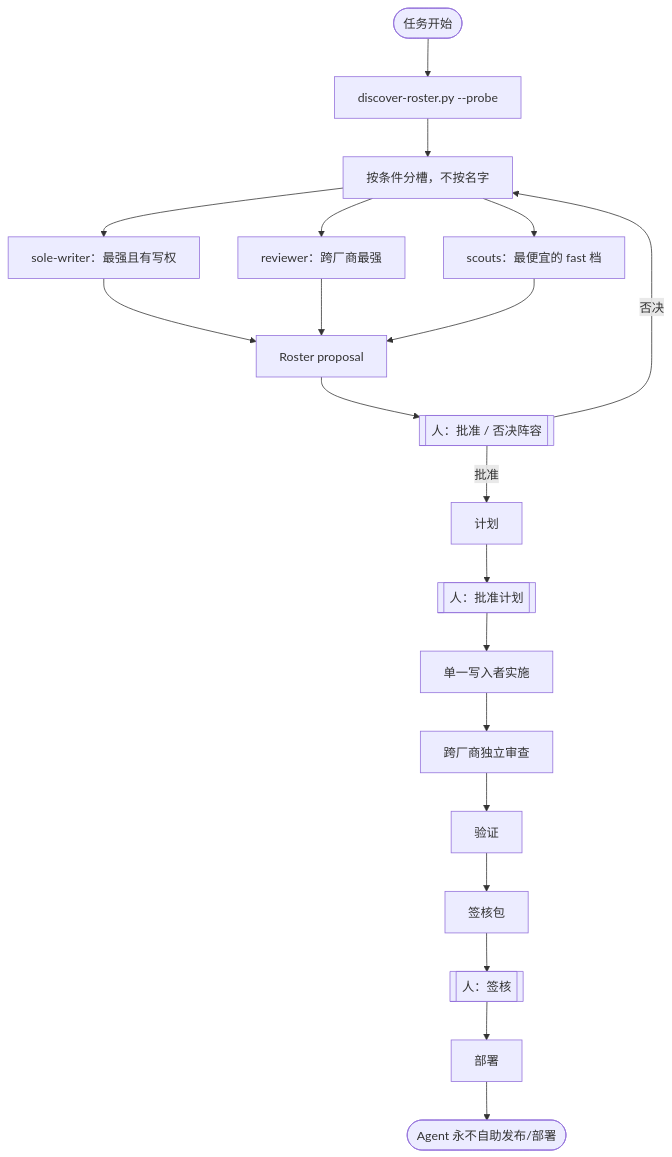
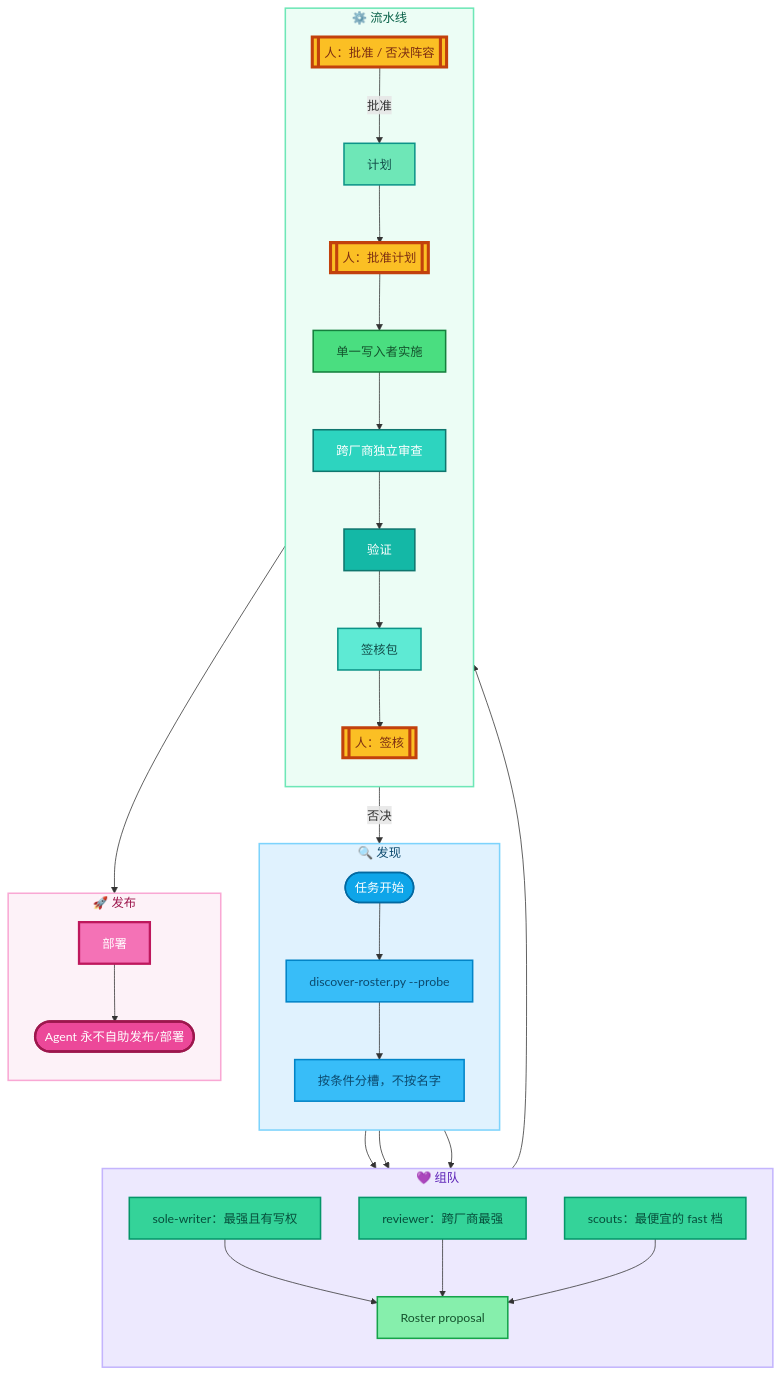
Before and after one commit to ythx-101/agent-sop: the diagram in README.zh.md, drawn with Mermaid. The commit also changed 1 other file, not shown here.

Commit message:
docs: colorful workflow diagram (staged subgraphs, highlighted human gates)

````diff
--- a/README.zh.md
+++ b/README.zh.md
@@ -19,20 +19,66 @@
 ```mermaid
 flowchart TD
-  A([任务开始]) --> B["discover-roster.py --probe"]
-  B --> C["按条件分槽，不按名字"]
-  C --> D["sole-writer：最强且有写权"]
-  C --> E["reviewer：跨厂商最强"]
-  C --> F["scouts：最便宜的 fast 档"]
-  D & E & F --> G[Roster proposal]
-  G --> H[["人：批准 / 否决阵容"]]
-  H -->|否决| C
-  H -->|批准| I[计划]
-  I --> J[["人：批准计划"]]
-  J --> K[单一写入者实施]
-  K --> L[跨厂商独立审查]
-  L --> M[验证]
-  M --> N[签核包]
-  N --> O[["人：签核"]]
-  O --> P[部署]
-  P --> Q([Agent 永不自助发布/部署])
+  subgraph DISC["🔍 发现"]
+    direction TB
+    A([任务开始]) --> B[discover-roster.py --probe]
+    B --> C[按条件分槽，不按名字]
+  end
+
+  subgraph TEAM["💜 组队"]
+    direction TB
+    C --> D[sole-writer：最强且有写权]
+    C --> E[reviewer：跨厂商最强]
+    C --> F[scouts：最便宜的 fast 档]
+    D & E & F --> G[Roster proposal]
+  end
+
+  subgraph PIPE["⚙️ 流水线"]
+    direction TB
+    G --> H[[人：批准 / 否决阵容]]
+    H -->|否决| C
+    H -->|批准| I[计划]
+    I --> J[[人：批准计划]]
+    J --> K[单一写入者实施]
+    K --> L[跨厂商独立审查]
+    L --> M[验证]
+    M --> N[签核包]
+    N --> O[[人：签核]]
+  end
+
+  subgraph SHIP["🚀 发布"]
+    direction TB
+    O --> P[部署]
+    P --> Q([Agent 永不自助发布/部署])
+  end
+
+  classDef startEnd fill:#0EA5E9,stroke:#0369A1,stroke-width:2px,color:#fff,rx:12,ry:12
+  classDef discover fill:#38BDF8,stroke:#0284C7,stroke-width:2px,color:#0C4A6E
+  classDef agent fill:#34D399,stroke:#059669,stroke-width:2px,color:#064E3B
+  classDef proposal fill:#86EFAC,stroke:#16A34A,stroke-width:2px,color:#14532D
+  classDef plan fill:#6EE7B7,stroke:#0D9488,stroke-width:2px,color:#134E4A
+  classDef work fill:#4ADE80,stroke:#15803D,stroke-width:2px,color:#14532D
+  classDef review fill:#2DD4BF,stroke:#0F766E,stroke-width:2px,color:#fff
+  classDef verify fill:#14B8A6,stroke:#0F766E,stroke-width:2px,color:#fff
+  classDef packet fill:#5EEAD4,stroke:#0D9488,stroke-width:2px,color:#134E4A
+  classDef human fill:#FBBF24,stroke:#C2410C,stroke-width:4px,color:#7C2D12
+  classDef deploy fill:#F472B6,stroke:#BE185D,stroke-width:3px,color:#fff
+  classDef finale fill:#EC4899,stroke:#9D174D,stroke-width:3px,color:#fff
+
+  class A startEnd
+  class B,C discover
+  class D,E,F agent
+  class G proposal
+  class H,J,O human
+  class I plan
+  class K work
+  class L review
+  class M verify
+  class N packet
+  class P deploy
+  class Q finale
+
+  style DISC fill:#E0F2FE,stroke:#7DD3FC,stroke-width:2px,color:#0C4A6E
+  style TEAM fill:#EDE9FE,stroke:#C4B5FD,stroke-width:2px,color:#5B21B6
+  style PIPE fill:#ECFDF5,stroke:#6EE7B7,stroke-width:2px,color:#065F46
+  style SHIP fill:#FDF2F8,stroke:#F9A8D4,stroke-width:2px,color:#9D174D
 ```
````
